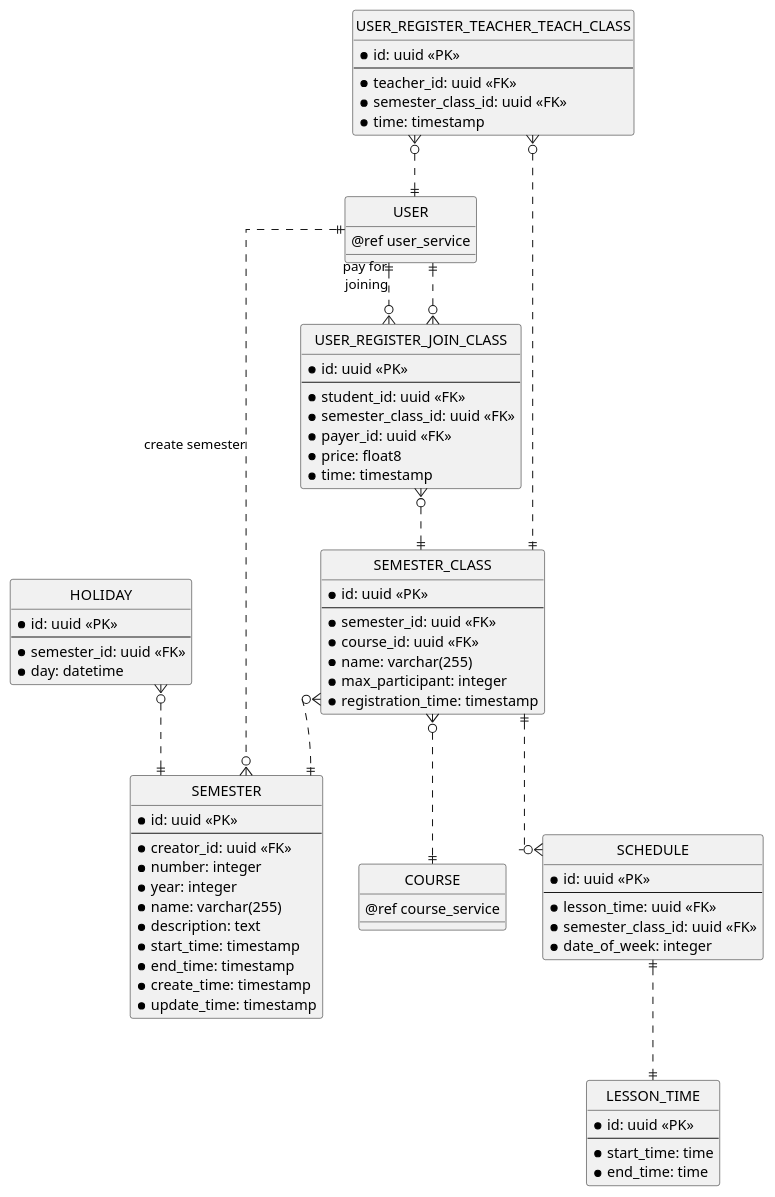
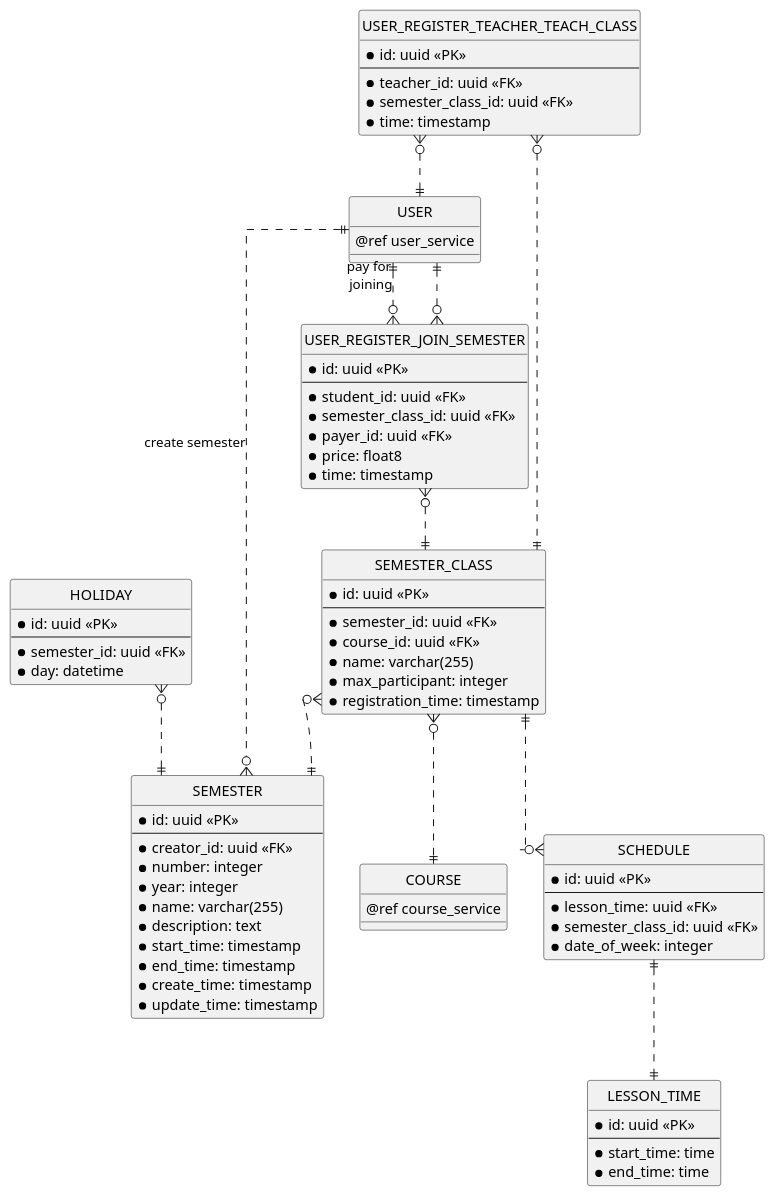
The fifth of 12 diagrams in erd.md (chungnguyenbkcse/ERD-USECASE-KIDSDRAWING), drawn with PlantUML before and after one commit. The commit also changed other lines of this file and 1 other file, not shown here.

```diff
--- a/erd.md
+++ b/erd.md
@@ -310,7 +318,7 @@
 }
 
 
-entity "USER_REGISTER_JOIN_CLASS" as user_register_join_class {
+entity "USER_REGISTER_JOIN_SEMESTER" as user_register_join_class {
     * id: uuid <<PK>>
     --
     * student_id: uuid <<FK>>
```
